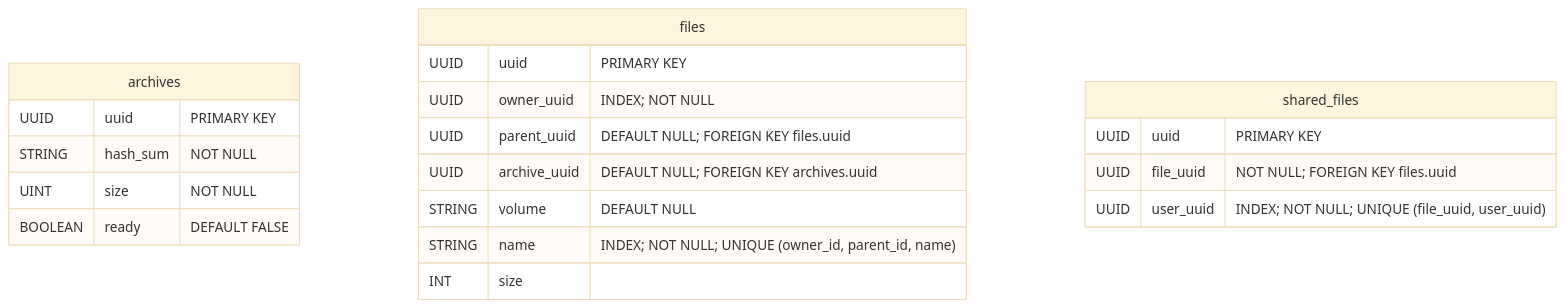
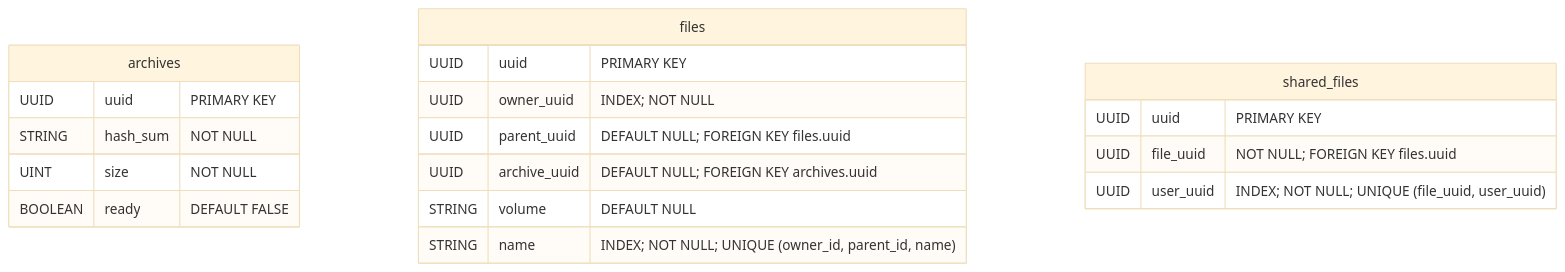
One commit to hawks-atlanta/docs changed the third of 4 diagrams in Database.md. Above: the diagram before and after it, drawn with Mermaid (base theme).

Commit message:
docs(database): Remove `size` field from the `files` table
We can handle this by using a view or some stored procedure

````diff
--- a/Database.md
+++ b/Database.md
@@ -74,25 +74,24 @@
 ```mermaid
 erDiagram
 	archives {
 		UUID    uuid        "PRIMARY KEY"
 		STRING  hash_sum    "NOT NULL"
 		UINT    size        "NOT NULL"
 		BOOLEAN ready       "DEFAULT FALSE"
 	}
 
 	files {
 		UUID    uuid            "PRIMARY KEY"
 		UUID    owner_uuid      "INDEX; NOT NULL"
 		UUID    parent_uuid     "DEFAULT NULL; FOREIGN KEY files.uuid"
 		UUID    archive_uuid    "DEFAULT NULL; FOREIGN KEY archives.uuid"
 		STRING  volume          "DEFAULT NULL"
 		STRING  name            "INDEX; NOT NULL; UNIQUE (owner_id, parent_id, name)"
-		INT     size            ""
 	}
 	
 	shared_files {
 		UUID uuid      "PRIMARY KEY"
 		UUID file_uuid "NOT NULL; FOREIGN KEY files.uuid"
 		UUID user_uuid "INDEX; NOT NULL; UNIQUE (file_uuid, user_uuid)"
 	}
 ```
````
